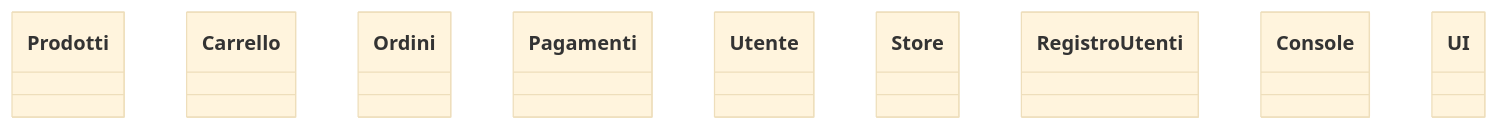
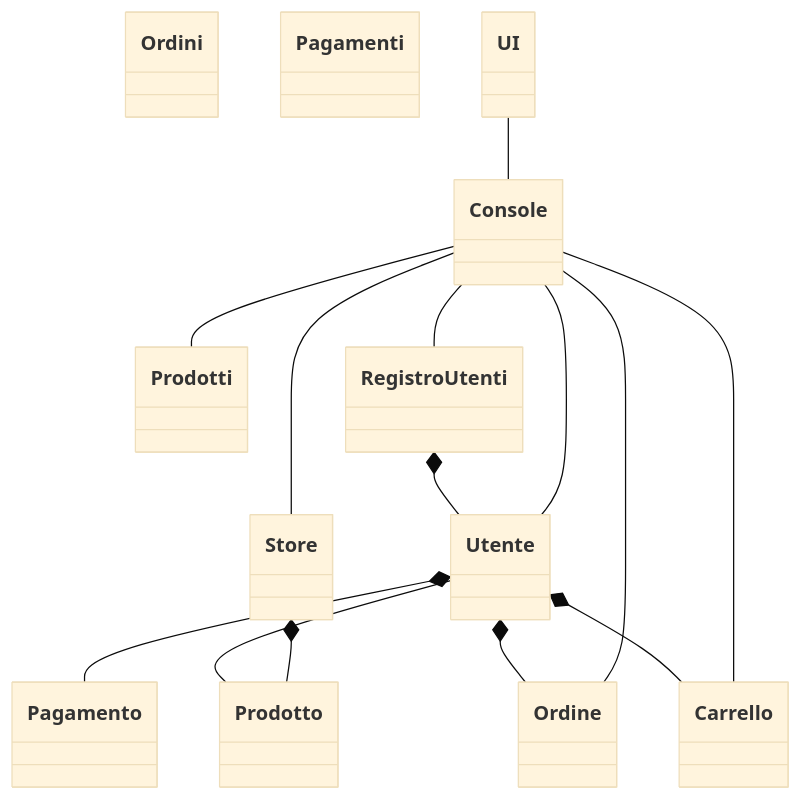
Before and after one commit to pUchYllY/UNIBA: the diagram in Ingegneria del Software/Progetti/Esericitazioni/E-Commerce/diagrammaClassiConcettuale.mmd, drawn with Mermaid (base theme). The commit also changed 1 other file, not shown here.

Commit message:
Effettuata modifica al diagramma classi concettuale. Creato diagramma classi a prospettiva software

```diff
--- a/Ingegneria del Software/Progetti/Esericitazioni/E-Commerce/diagrammaClassiConcettuale.mmd
+++ b/Ingegneria del Software/Progetti/Esericitazioni/E-Commerce/diagrammaClassiConcettuale.mmd
@@ -1,50 +1,71 @@
 classDiagram
 	class Prodotti
 		codice
 		nome
 		marca
 		categoria
-		
+		disponibile
+		numDisponibili
+		offerta
+		tassoOfferta
+		costo
 
 	class Carrello
 		listaProdotti
 
 	class Ordini
 		codice
 		pagamentoMetodoConfermato
 		destinazioneSpedizione
-		sommarioOrdine
+		dataAcquisto
+		dataConsegna
 		carrelloConfermato
 		stato
 
 	class Pagamenti
 		metodo
 		nomeCarta
 		statoPagamento
 
 	class Utente
 		nominativo
 		codice
 		luogoResidenza
 		listaOrdini
 		preferenzaRitiro
 		metodoPagamento
 		business
 
 	class Store
 		catalogo
 
 	class RegistroUtenti
 		listaUtenti
 
 	class Console
-		catalogo
+		store
 		regUt
 
 		utLog
 		ord
 		carr
 
-
 	class UI
 		console
+
+	UI -- Console
+
+	Console -- RegistroUtenti
+	Console -- Store
+	Console -- Prodotti
+	Console -- Ordine
+	Console -- Carrello
+	Console -- Utente
+
+	Store *-- Prodotto
+
+	RegistroUtenti *-- Utente
+	Utente *-- Pagamento
+	Utente *-- Ordine
+	Utente *-- Carrello
+	Utente -- Prodotto
```
